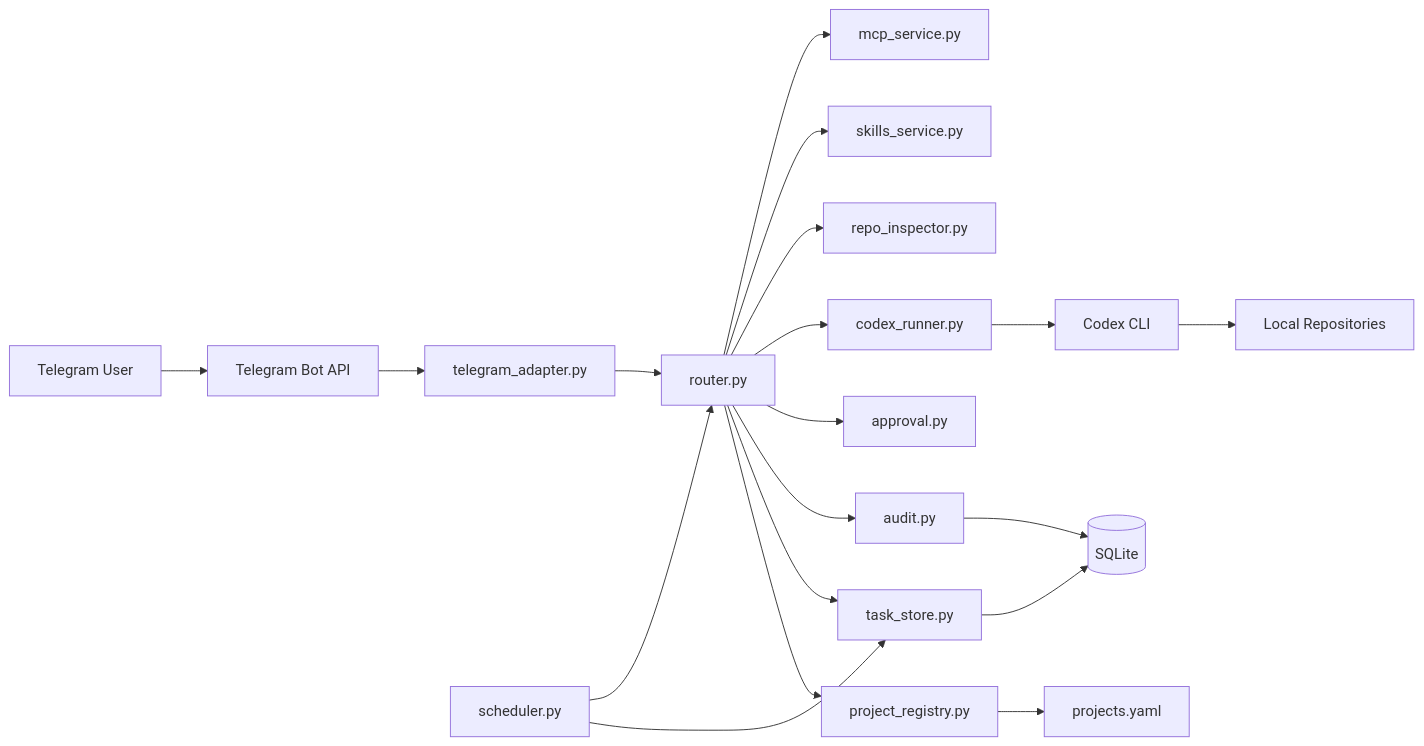
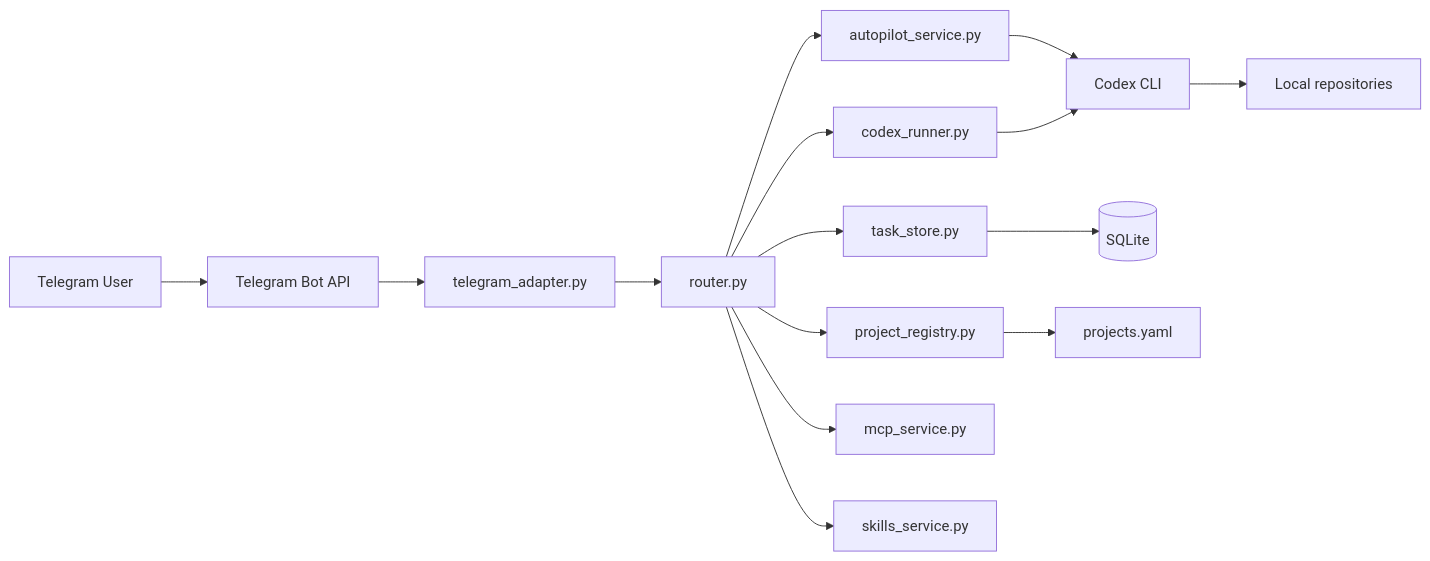
Before and after one commit to Re13orn/openfish: the second of 2 diagrams in README.md, drawn with Mermaid. The commit also changed other lines of this file and 1 other file, not shown here.

````diff
--- a/README.md
+++ b/README.md
@@ -218,25 +226,20 @@
 ```mermaid
 flowchart LR
     U[Telegram User] --> TG[Telegram Bot API]
-    TG --> A[telegram_adapter.py]
-    A --> R[router.py]
+    TG --> TA[telegram_adapter.py]
+    TA --> R[router.py]
 
     R --> PR[project_registry.py]
     R --> TS[task_store.py]
-    R --> AU[audit.py]
-    R --> AP[approval.py]
+    R --> AS[autopilot_service.py]
     R --> CR[codex_runner.py]
-    R --> RI[repo_inspector.py]
+    R --> MS[mcp_service.py]
     R --> SS[skills_service.py]
-    R --> MS[mcp_service.py]
 
-    CR --> CCLI[Codex CLI]
-    CCLI --> REPO[Local Repositories]
+    AS --> CCLI[Codex CLI]
+    CR --> CCLI
+    CCLI --> REPO[Local repositories]
 
     TS --> DB[(SQLite)]
-    AU --> DB
     PR --> CFG[projects.yaml]
-
-    SCH[scheduler.py] --> TS
-    SCH --> R
 ```
````
